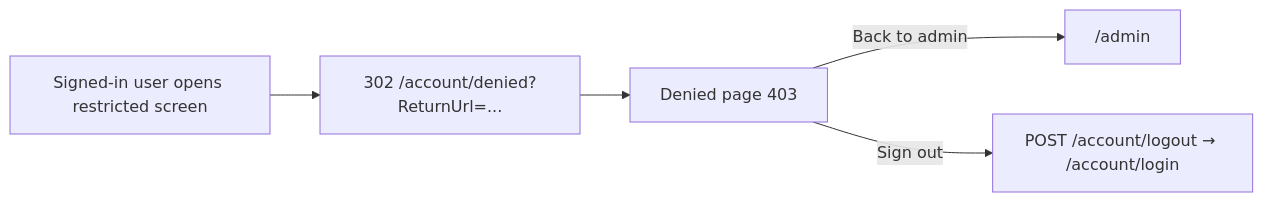
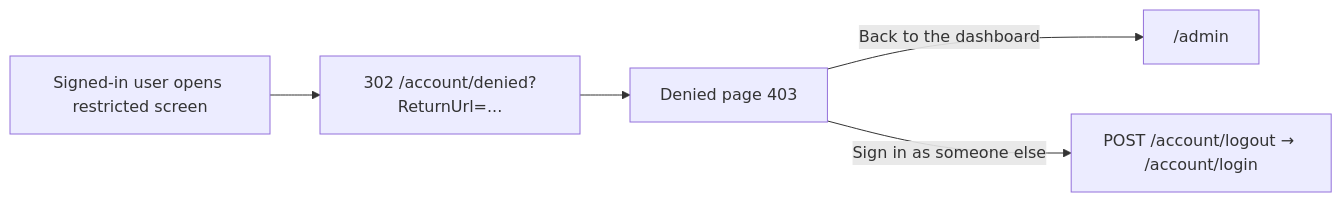
Before and after one commit to Albadit/DotNetForge: the diagram in .docs/pages/access-denied.md, drawn with Mermaid. The commit also changed other lines of this file and 454 other files, not shown here.

````diff
--- a/.docs/pages/access-denied.md
+++ b/.docs/pages/access-denied.md
@@ -66,7 +77,7 @@
 ```mermaid
 flowchart LR
     A["Signed-in user opens restricted screen"] --> B["302 /account/denied?ReturnUrl=..."]
     B --> C[Denied page 403]
-    C -- "Back to admin" --> D["/admin"]
-    C -- "Sign out" --> E["POST /account/logout → /account/login"]
+    C -- "Back to the dashboard" --> D["/admin"]
+    C -- "Sign in as someone else" --> E["POST /account/logout → /account/login"]
 ```
````
